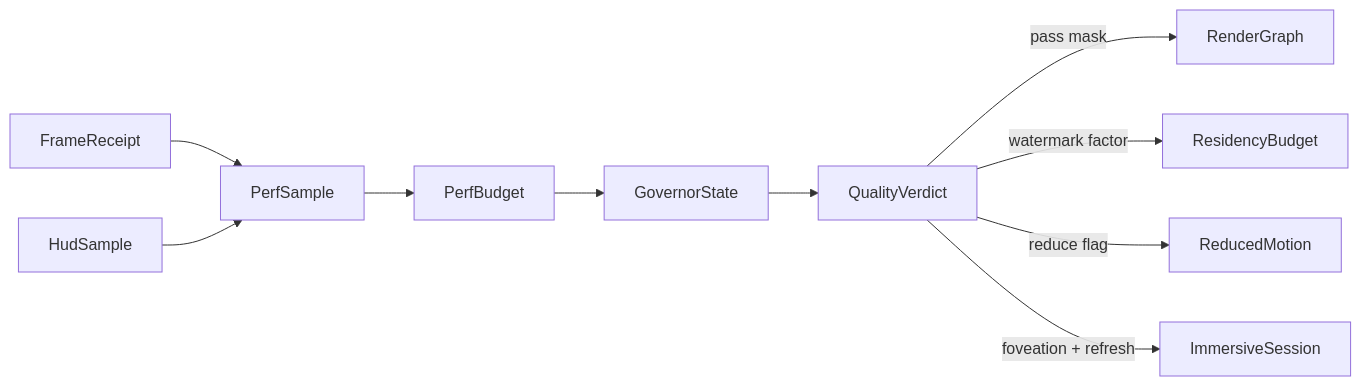
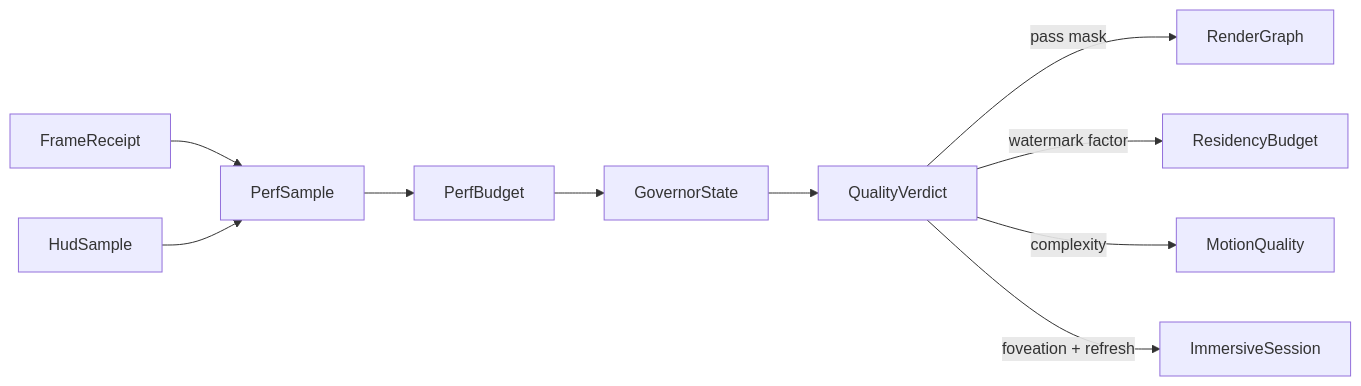
Before and after one commit to bsamiee/Rasm: the diagram in libs/csharp/Rasm.AppUi/.planning/Diagnostics/governor.md, drawn with Mermaid. The commit also changed other lines of this file and 64 other files, not shown here.

````diff
--- a/libs/csharp/Rasm.AppUi/.planning/Diagnostics/governor.md
+++ b/libs/csharp/Rasm.AppUi/.planning/Diagnostics/governor.md
@@ -115,12 +157,12 @@
 ```mermaid
 flowchart LR
     FrameReceipt --> PerfSample
     HudSample --> PerfSample
     PerfSample --> PerfBudget
     PerfBudget --> GovernorState
     GovernorState --> QualityVerdict
     QualityVerdict -->|pass mask| RenderGraph
     QualityVerdict -->|watermark factor| ResidencyBudget
-    QualityVerdict -->|reduce flag| ReducedMotion
+    QualityVerdict -->|complexity| MotionQuality
     QualityVerdict -->|foveation + refresh| ImmersiveSession
 ```
````
